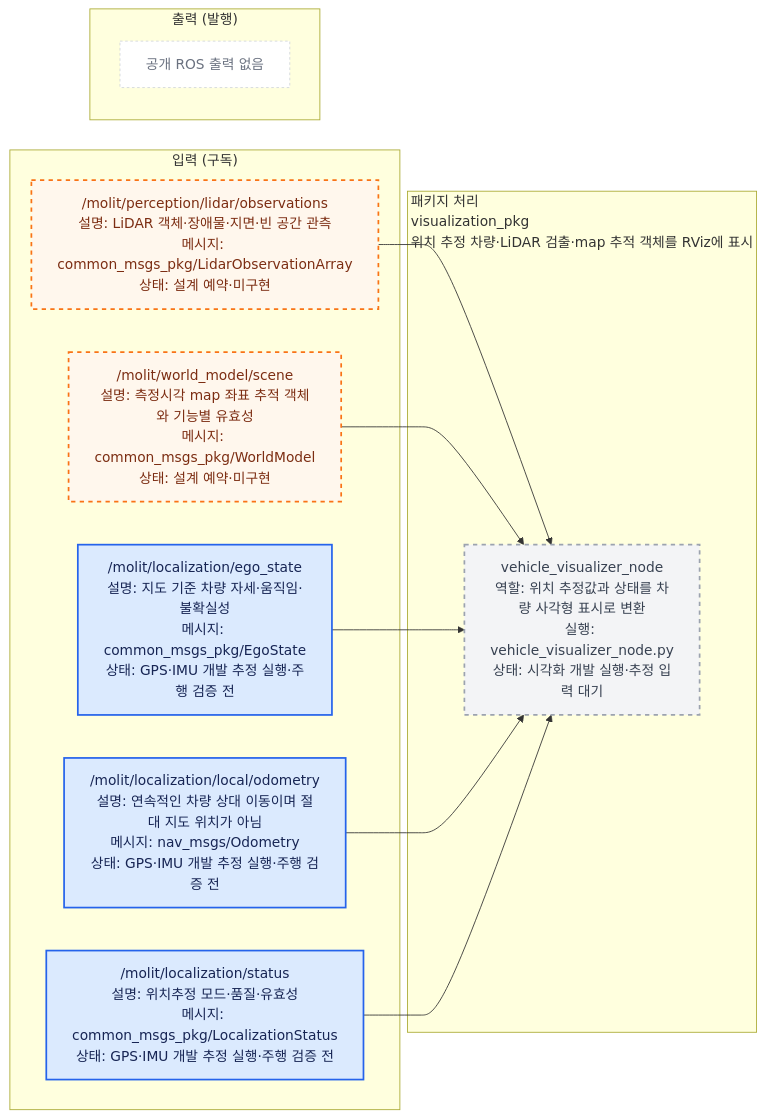
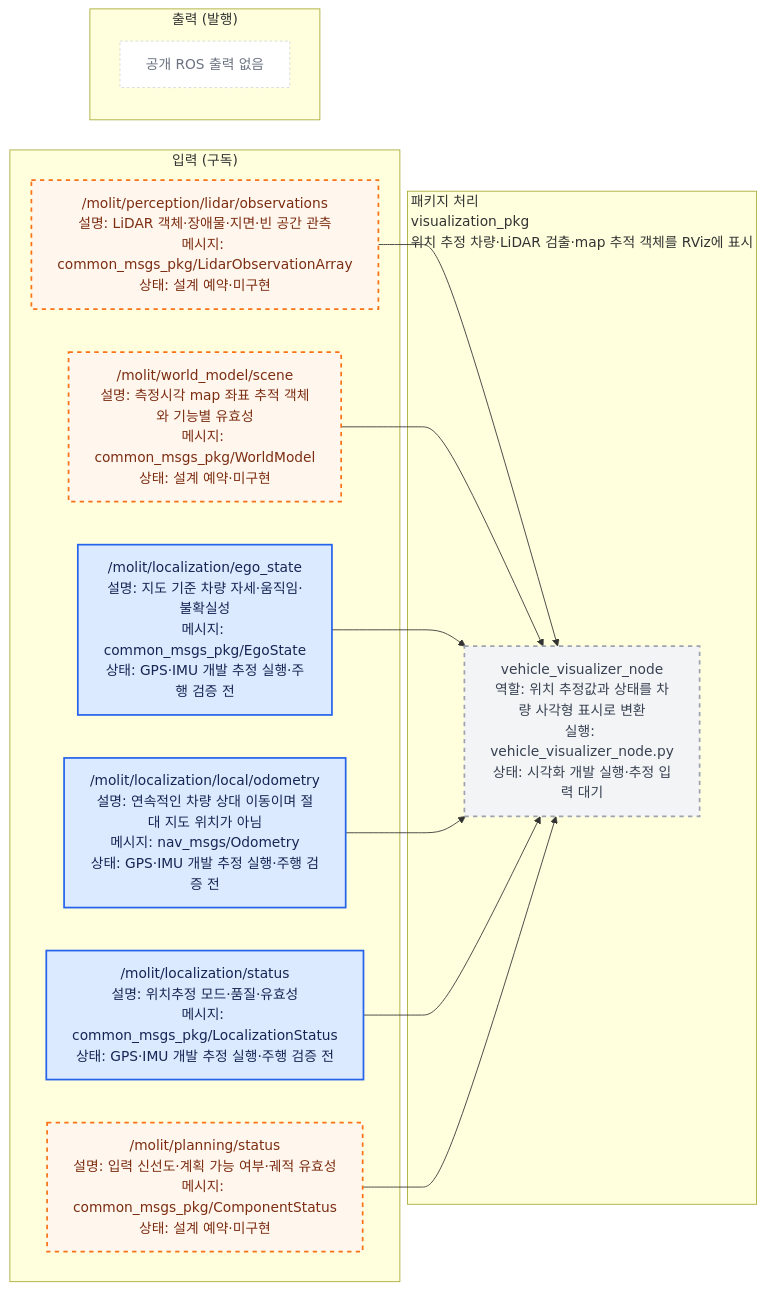
One commit to Team-Stier/Morai_Sim_team2 changed the diagram in src/visualization_pkg/docs/interface_io.mmd. Above: the diagram before and after it, drawn with Mermaid. The commit also changed 44 other files, not shown here.

```diff
--- a/src/visualization_pkg/docs/interface_io.mmd
+++ b/src/visualization_pkg/docs/interface_io.mmd
@@ -1,37 +1,40 @@
 %% AUTO-GENERATED by ros_architecture_pkg/scripts/generate_interface_diagrams.py. DO NOT EDIT.
 %% Source of truth: ros_architecture_pkg/config/interface_contract.yaml
 flowchart LR
     classDef liveNode fill:#dcfce7,color:#14532d,stroke:#16a34a,stroke-width:2px;
     classDef reservedNode fill:#f3f4f6,color:#374151,stroke:#9ca3af,stroke-width:2px,stroke-dasharray: 5 5;
     classDef liveTopic fill:#dbeafe,color:#172554,stroke:#2563eb,stroke-width:2px;
     classDef reservedTopic fill:#fff7ed,color:#7c2d12,stroke:#f97316,stroke-width:2px,stroke-dasharray: 5 5;
     classDef emptyPort fill:#ffffff,color:#6b7280,stroke:#d1d5db,stroke-dasharray: 3 3;
     classDef externalEndpoint fill:#f3e8ff,color:#581c87,stroke:#9333ea,stroke-width:3px;
 
     subgraph INPUTS["입력 (구독)"]
         input_000["/molit/perception/lidar/observations<br/>설명: LiDAR 객체·장애물·지면·빈 공간 관측<br/>메시지: common_msgs_pkg/LidarObservationArray<br/>상태: 설계 예약·미구현"]
         input_001["/molit/world_model/scene<br/>설명: 측정시각 map 좌표 추적 객체와 기능별 유효성<br/>메시지: common_msgs_pkg/WorldModel<br/>상태: 설계 예약·미구현"]
         input_002["/molit/localization/ego_state<br/>설명: 지도 기준 차량 자세·움직임·불확실성<br/>메시지: common_msgs_pkg/EgoState<br/>상태: GPS·IMU 개발 추정 실행·주행 검증 전"]
         input_003["/molit/localization/local/odometry<br/>설명: 연속적인 차량 상대 이동이며 절대 지도 위치가 아님<br/>메시지: nav_msgs/Odometry<br/>상태: GPS·IMU 개발 추정 실행·주행 검증 전"]
         input_004["/molit/localization/status<br/>설명: 위치추정 모드·품질·유효성<br/>메시지: common_msgs_pkg/LocalizationStatus<br/>상태: GPS·IMU 개발 추정 실행·주행 검증 전"]
+        input_005["/molit/planning/status<br/>설명: 입력 신선도·계획 가능 여부·궤적 유효성<br/>메시지: common_msgs_pkg/ComponentStatus<br/>상태: 설계 예약·미구현"]
     end
     subgraph PACKAGE["패키지 처리<br/>visualization_pkg<br/>위치 추정 차량·LiDAR 검출·map 추적 객체를 RViz에 표시"]
         local_node_000["vehicle_visualizer_node<br/>역할: 위치 추정값과 상태를 차량 사각형 표시로 변환<br/>실행: vehicle_visualizer_node.py<br/>상태: 시각화 개발 실행·추정 입력 대기"]
     end
     subgraph OUTPUTS["출력 (발행)"]
         no_outputs["공개 ROS 출력 없음"]
         class no_outputs emptyPort;
     end
 
     input_000 --> local_node_000
     input_001 --> local_node_000
     input_002 --> local_node_000
     input_003 --> local_node_000
     input_004 --> local_node_000
+    input_005 --> local_node_000
 
     class local_node_000 reservedNode;
     class input_000 reservedTopic;
     class input_001 reservedTopic;
     class input_002 liveTopic;
     class input_003 liveTopic;
     class input_004 liveTopic;
+    class input_005 reservedTopic;
```
